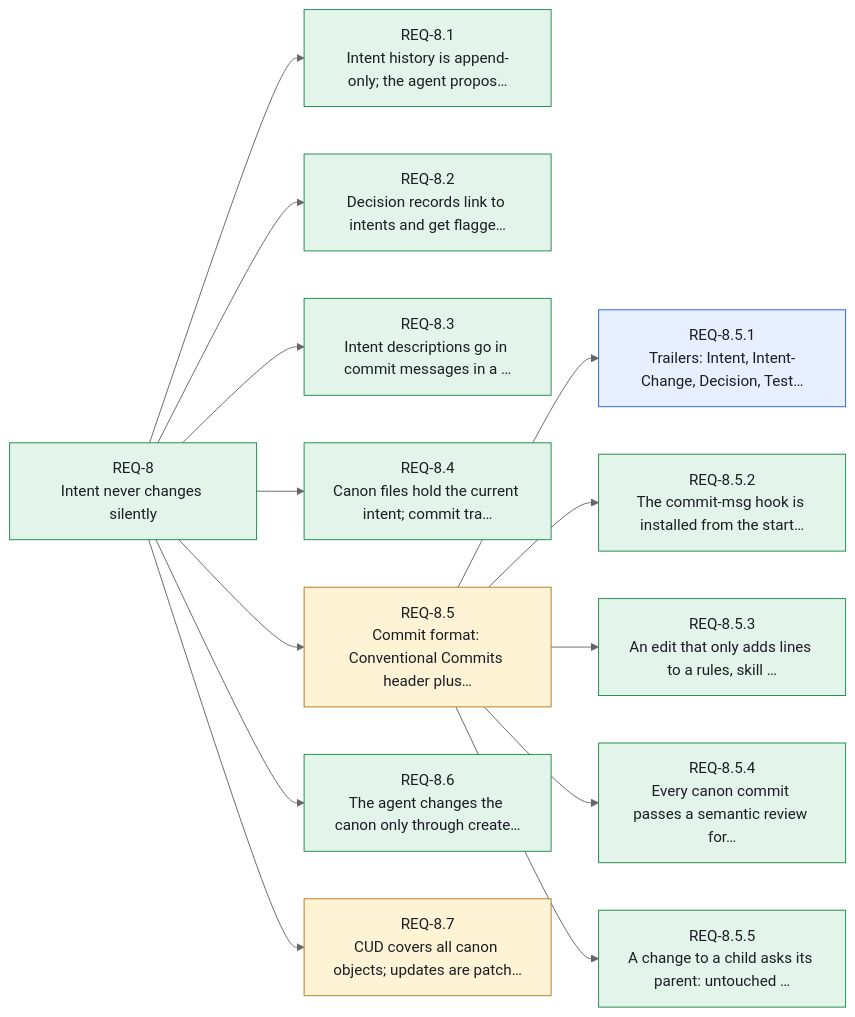
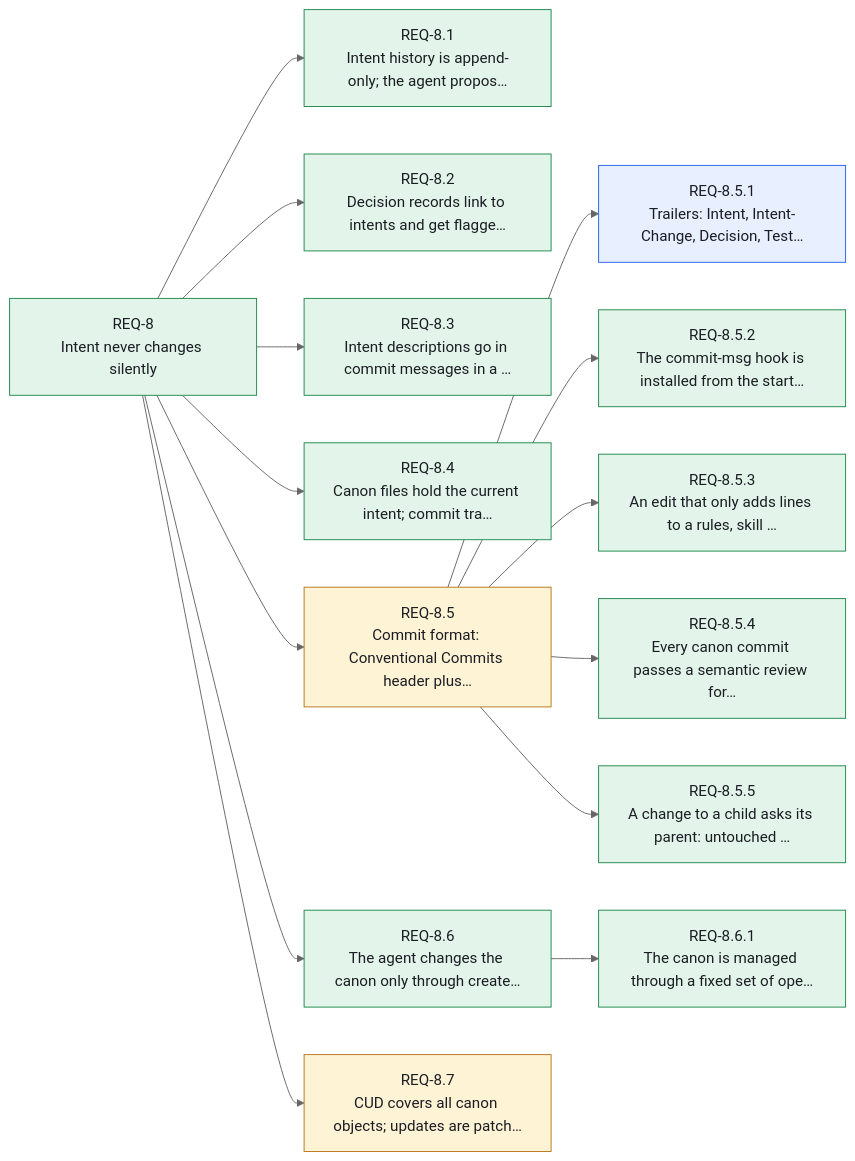
Before and after one commit to Althis/headcanon: the ninth of 14 diagrams in canon/INDEX.md, drawn with Mermaid (neutral theme). The commit also changed other lines of this file and 10 other files, not shown here.

````diff
--- a/canon/INDEX.md
+++ b/canon/INDEX.md
@@ -405,33 +417,35 @@
 ```mermaid
 flowchart LR
     REQ_8["REQ-8<br/>Intent never changes silently"]:::stated
     REQ_8_1["REQ-8.1<br/>Intent history is append-only; the agent propos…"]:::stated
     REQ_8_2["REQ-8.2<br/>Decision records link to intents and get flagge…"]:::stated
     REQ_8_3["REQ-8.3<br/>Intent descriptions go in commit messages in a …"]:::stated
     REQ_8_4["REQ-8.4<br/>Canon files hold the current intent; commit tra…"]:::stated
     REQ_8_5["REQ-8.5<br/>Commit format: Conventional Commits header plus…"]:::assumed
     REQ_8_5_1["REQ-8.5.1<br/>Trailers: Intent, Intent-Change, Decision, Test…"]:::resolved
     REQ_8_5_2["REQ-8.5.2<br/>The commit-msg hook is installed from the start…"]:::stated
     REQ_8_5_3["REQ-8.5.3<br/>An edit that only adds lines to a rules, skill …"]:::stated
     REQ_8_5_4["REQ-8.5.4<br/>Every canon commit passes a semantic review for…"]:::stated
     REQ_8_5_5["REQ-8.5.5<br/>A change to a child asks its parent: untouched …"]:::stated
     REQ_8_6["REQ-8.6<br/>The agent changes the canon only through create…"]:::stated
+    REQ_8_6_1["REQ-8.6.1<br/>The canon is managed through a fixed set of ope…"]:::stated
     REQ_8_7["REQ-8.7<br/>CUD covers all canon objects; updates are patch…"]:::assumed
     REQ_8 --> REQ_8_1
     REQ_8 --> REQ_8_2
     REQ_8 --> REQ_8_3
     REQ_8 --> REQ_8_4
     REQ_8 --> REQ_8_5
     REQ_8_5 --> REQ_8_5_1
     REQ_8_5 --> REQ_8_5_2
     REQ_8_5 --> REQ_8_5_3
     REQ_8_5 --> REQ_8_5_4
     REQ_8_5 --> REQ_8_5_5
     REQ_8 --> REQ_8_6
+    REQ_8_6 --> REQ_8_6_1
     REQ_8 --> REQ_8_7
     classDef stated fill:#e3f5ea,stroke:#1f8a4c,color:#1a1d23
     classDef resolved fill:#e8efff,stroke:#2563eb,color:#1a1d23
     classDef assumed fill:#fff3d6,stroke:#b7791f,color:#1a1d23
     classDef open fill:#ece9fb,stroke:#6b5bd2,color:#1a1d23
     classDef contested fill:#fde7e8,stroke:#d13438,color:#1a1d23
 ```
````
